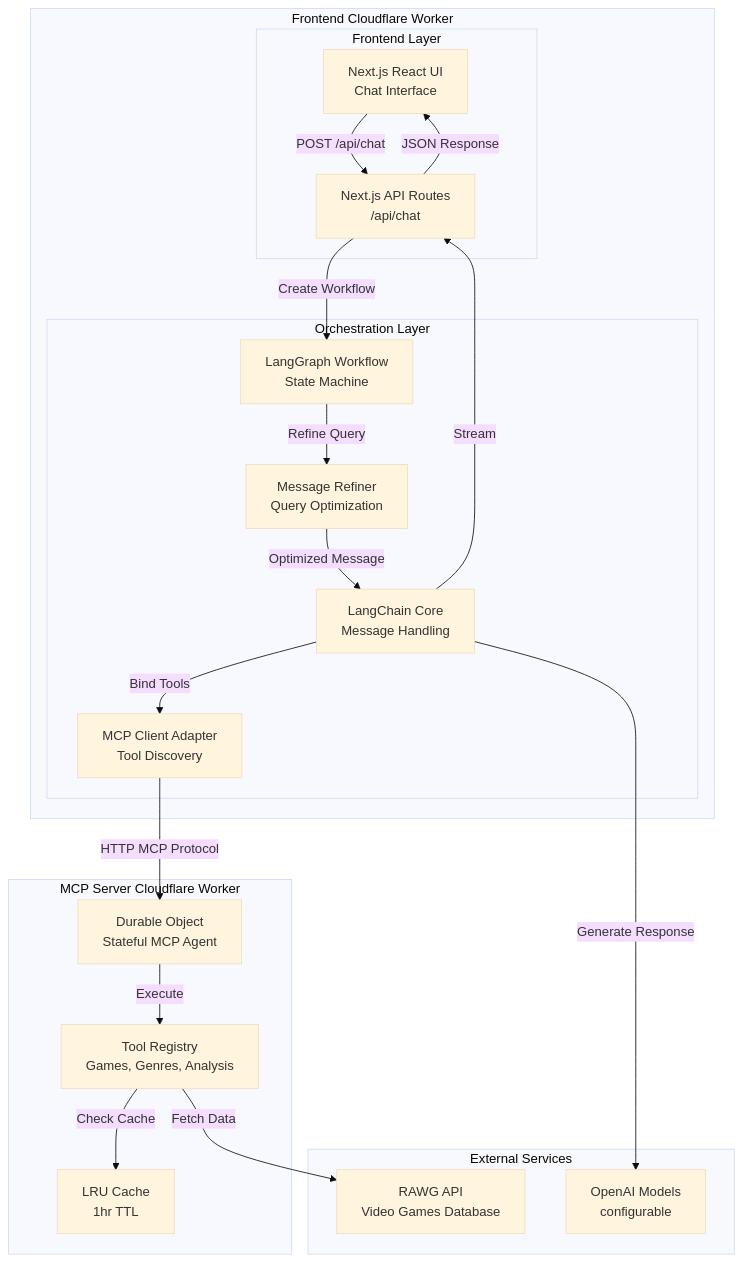
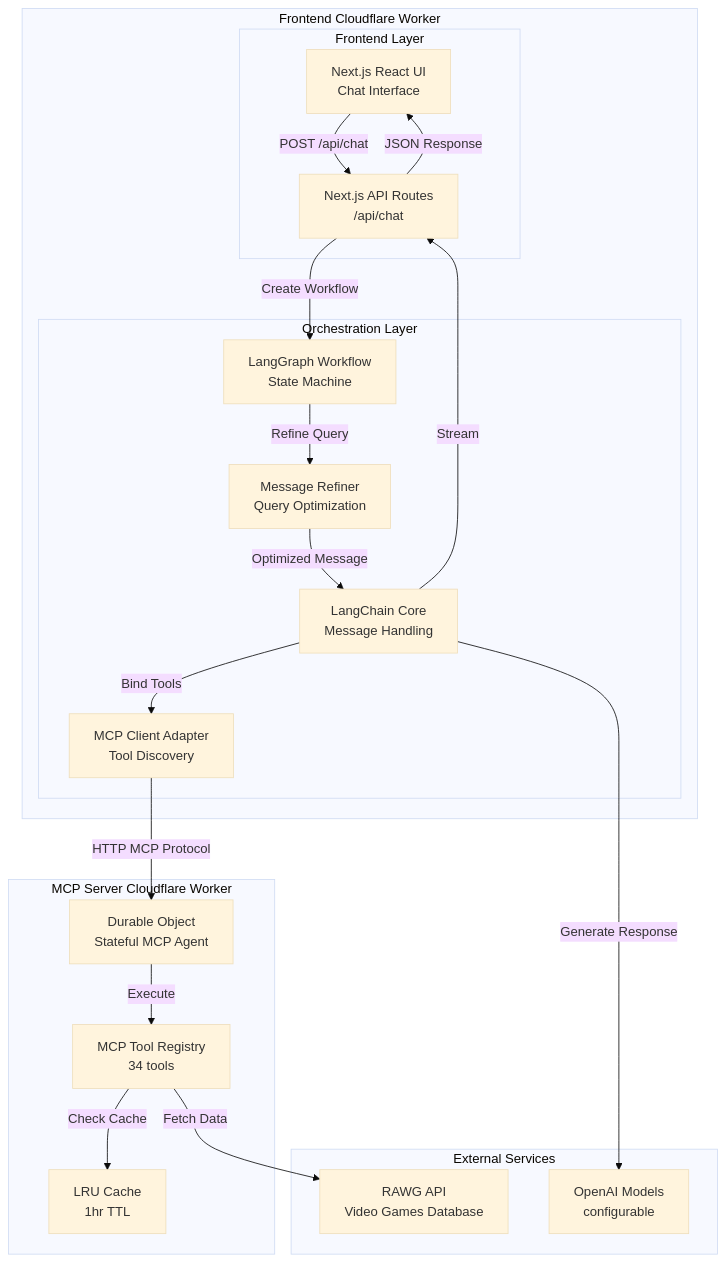
The first of 2 diagrams in README.md (ShawnZong/amazing-game-analytics-ai-chatbot), drawn with Mermaid (base theme) before and after one commit. The commit also changed other lines of this file and 1 other file, not shown here.

Commit message:
docs: highlight architecture description

````diff
--- a/README.md
+++ b/README.md
@@ -89,39 +89,39 @@
 ```mermaid
 graph TB
     subgraph "Frontend Cloudflare Worker"
         subgraph "Frontend Layer"
             UI[Next.js React UI<br/>Chat Interface]
             API[Next.js API Routes<br/>/api/chat]
         end
         subgraph "Orchestration Layer"
             LG[LangGraph Workflow<br/>State Machine]
             REFINER[Message Refiner<br/>Query Optimization]
             LC[LangChain Core<br/>Message Handling]
             MCP_CLIENT[MCP Client Adapter<br/>Tool Discovery]
         end
     end
 
     subgraph "MCP Server Cloudflare Worker"
         DO[Durable Object<br/>Stateful MCP Agent]
-        TOOLS[Tool Registry<br/>Games, Genres, Analysis]
+        TOOLS[MCP Tool Registry<br/>34 tools]
         CACHE[LRU Cache<br/>1hr TTL]
     end
 
     subgraph "External Services"
         LLM[OpenAI Models<br/>configurable]
         RAWG[RAWG API<br/>Video Games Database]
     end
 
     UI -->|POST /api/chat| API
     API -->|Create Workflow| LG
     LG -->|Refine Query| REFINER
     REFINER -->|Optimized Message| LC
     LC -->|Bind Tools| MCP_CLIENT
     MCP_CLIENT -->|HTTP MCP Protocol| DO
     DO -->|Execute| TOOLS
     TOOLS -->|Check Cache| CACHE
     TOOLS -->|Fetch Data| RAWG
     LC -->|Generate Response| LLM
     LC -->|Stream| API
     API -->|JSON Response| UI
 ```
````
